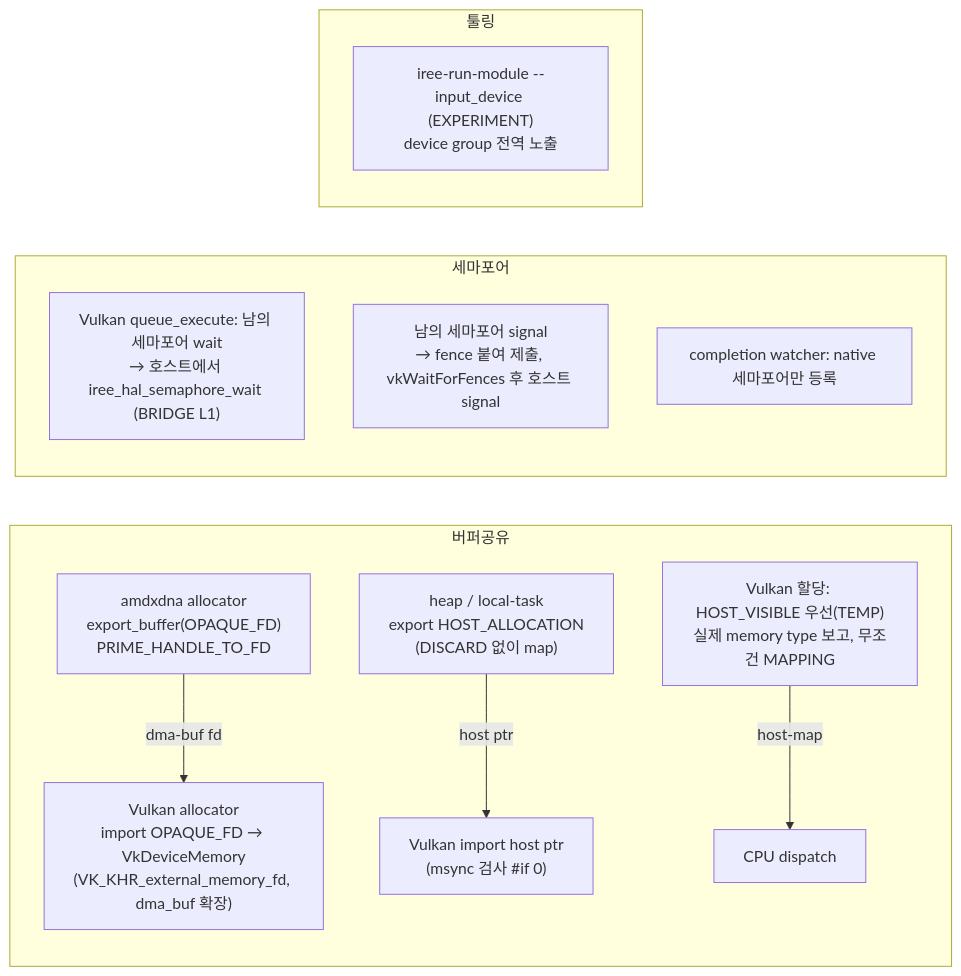
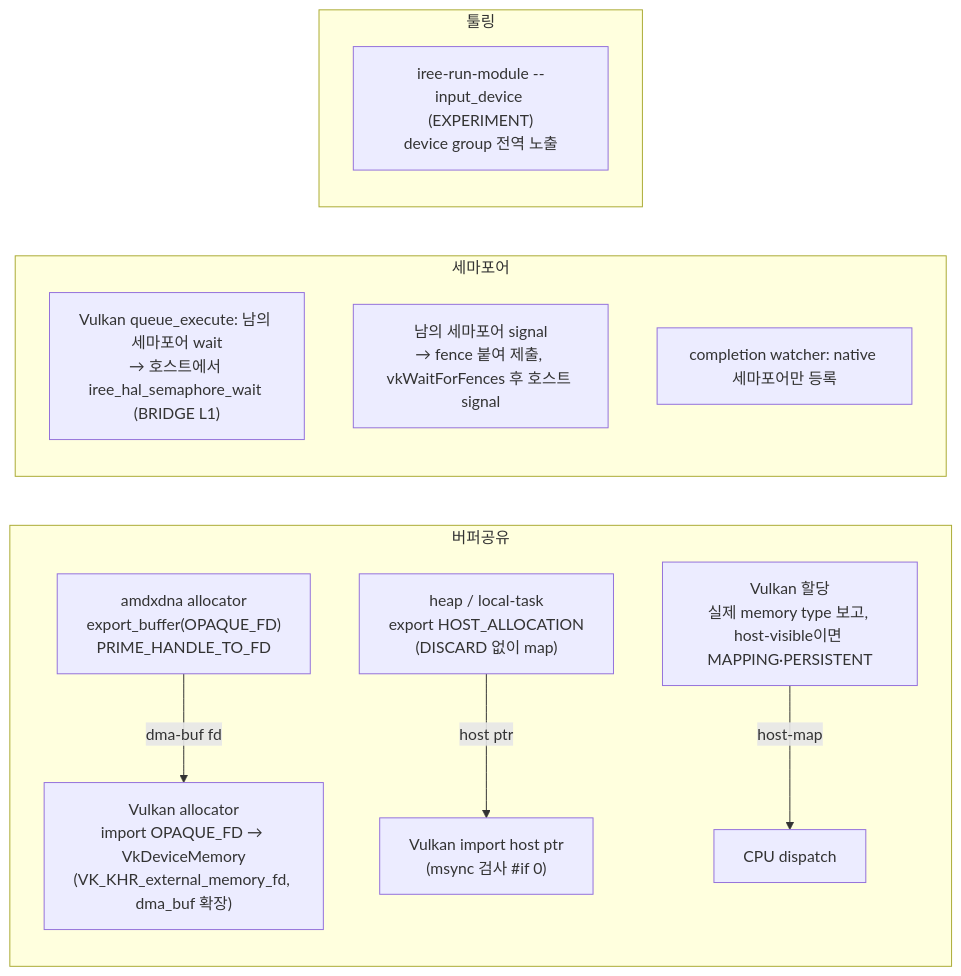
Before and after one commit to ace-knu/iree-amd-aie: the diagram in docs/specs/S9_전임자_런타임_공유경로.md, drawn with Mermaid. The commit also changed other lines of this file and 1 other file, not shown here.

First line of the commit message:
[docs] Mark the post-integration state of the TEMP items in specs S8/S9

````diff
--- a/docs/specs/S9_전임자_런타임_공유경로.md
+++ b/docs/specs/S9_전임자_런타임_공유경로.md
@@ -11,16 +11,16 @@
 ```mermaid
 flowchart LR
   subgraph 버퍼공유
     AX["amdxdna allocator<br/>export_buffer(OPAQUE_FD)<br/>PRIME_HANDLE_TO_FD"] -->|dma-buf fd| VI["Vulkan allocator<br/>import OPAQUE_FD → VkDeviceMemory<br/>(VK_KHR_external_memory_fd, dma_buf 확장)"]
     HP["heap / local-task<br/>export HOST_ALLOCATION<br/>(DISCARD 없이 map)"] -->|host ptr| VH["Vulkan import host ptr<br/>(msync 검사 #if 0)"]
-    VM["Vulkan 할당: HOST_VISIBLE 우선(TEMP)<br/>실제 memory type 보고, 무조건 MAPPING"] -->|host-map| CPU["CPU dispatch"]
+    VM["Vulkan 할당<br/>실제 memory type 보고, host-visible이면 MAPPING·PERSISTENT"] -->|host-map| CPU["CPU dispatch"]
   end
   subgraph 세마포어
     W["Vulkan queue_execute: 남의 세마포어 wait<br/>→ 호스트에서 iree_hal_semaphore_wait (BRIDGE L1)"]
     S["남의 세마포어 signal<br/>→ fence 붙여 제출, vkWaitForFences 후 호스트 signal"]
     CW["completion watcher: native 세마포어만 등록"]
   end
   subgraph 툴링
     ID["iree-run-module --input_device (EXPERIMENT)<br/>device group 전역 노출"]
   end
 ```
````
